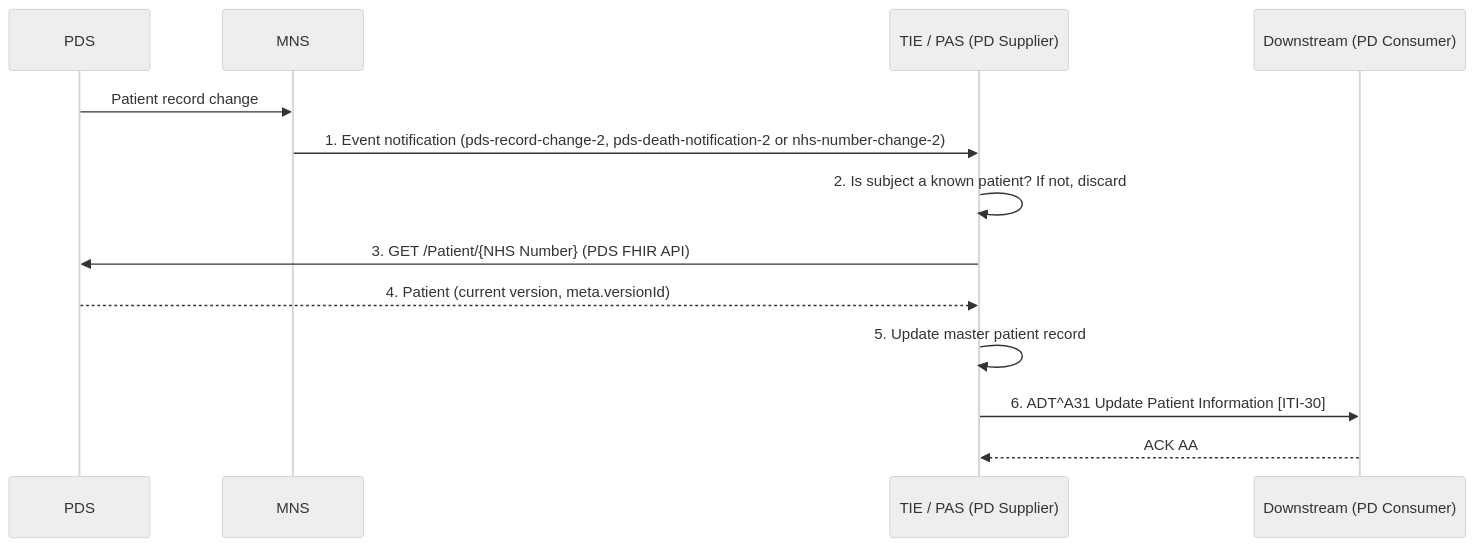
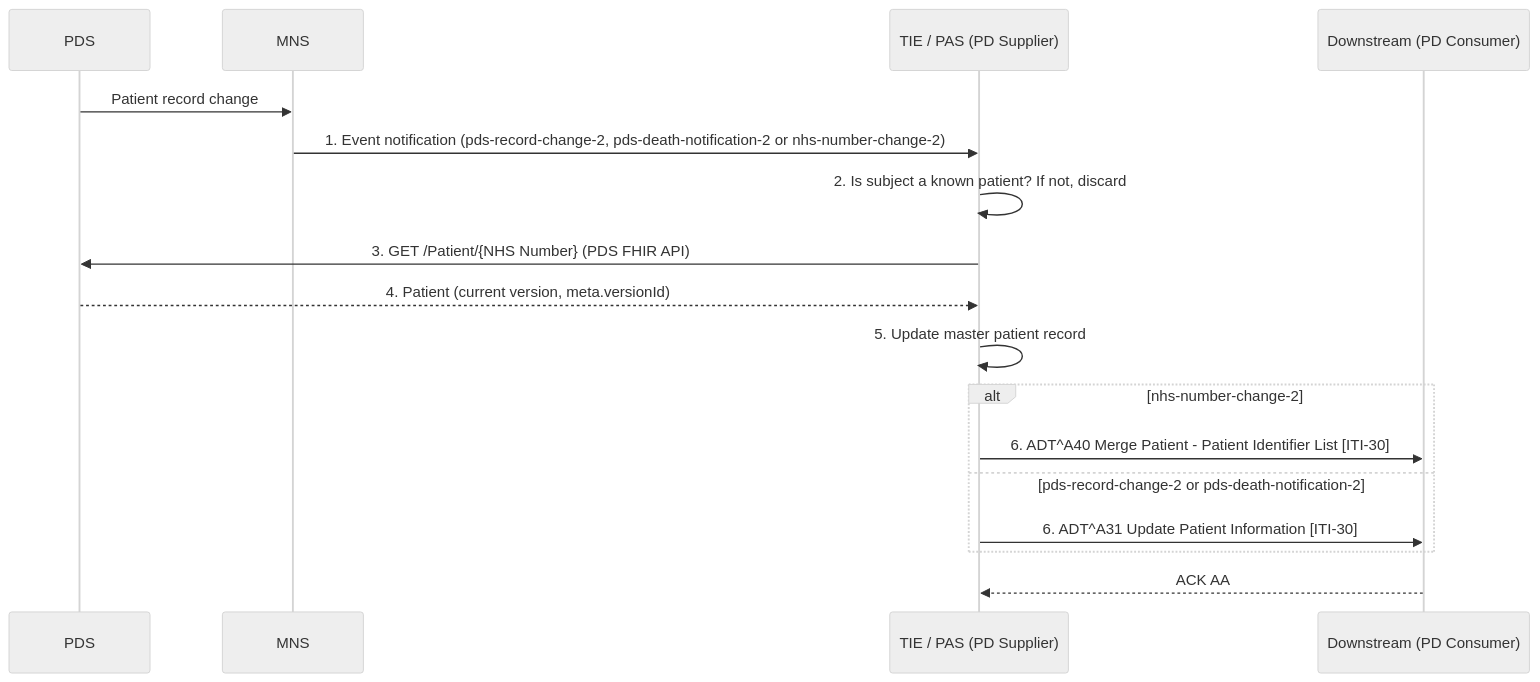
One commit to nw-gmsa/IHEUK-PAM-Unofficial changed the diagram in input/pagecontent/scenario-pds-notifications.md. Above: the diagram before and after it, drawn with Mermaid (neutral theme). The commit also changed other lines of this file and 1 other file, not shown here.

Commit message:
PDS scenario: send NHS Number change as ADT^A40 merge instead of A31

````diff
--- a/input/pagecontent/scenario-pds-notifications.md
+++ b/input/pagecontent/scenario-pds-notifications.md
@@ -32,15 +32,19 @@
 ```mermaid
 sequenceDiagram
     participant PDS
     participant MNS
     participant TIE as TIE / PAS (PD Supplier)
     participant PDC as Downstream (PD Consumer)
     PDS->>MNS: Patient record change
     MNS->>TIE: 1. Event notification (pds-record-change-2, pds-death-notification-2 or nhs-number-change-2)
     TIE->>TIE: 2. Is subject a known patient? If not, discard
     TIE->>PDS: 3. GET /Patient/{NHS Number} (PDS FHIR API)
     PDS-->>TIE: 4. Patient (current version, meta.versionId)
     TIE->>TIE: 5. Update master patient record
-    TIE->>PDC: 6. ADT^A31 Update Patient Information [ITI-30]
+    alt nhs-number-change-2
+        TIE->>PDC: 6. ADT^A40 Merge Patient - Patient Identifier List [ITI-30]
+    else pds-record-change-2 or pds-death-notification-2
+        TIE->>PDC: 6. ADT^A31 Update Patient Information [ITI-30]
+    end
     PDC-->>TIE: ACK AA
 ```
````
